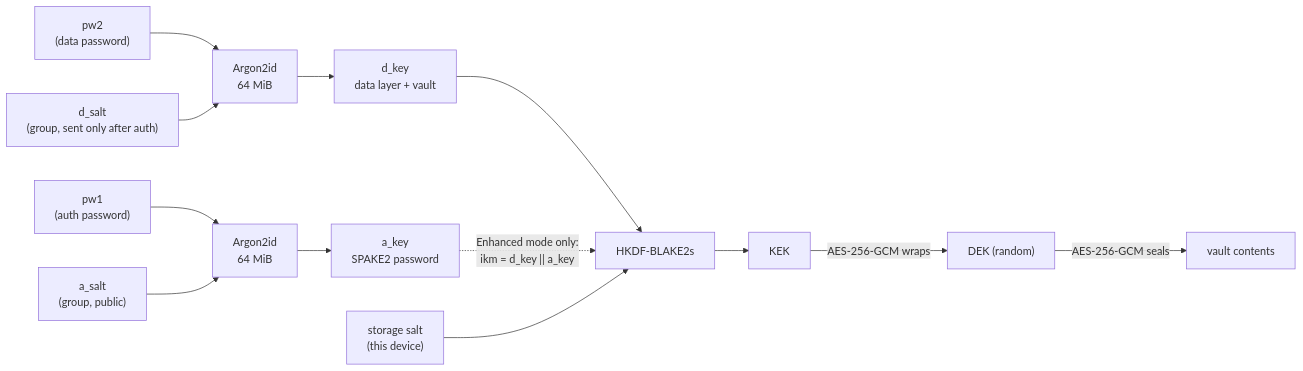
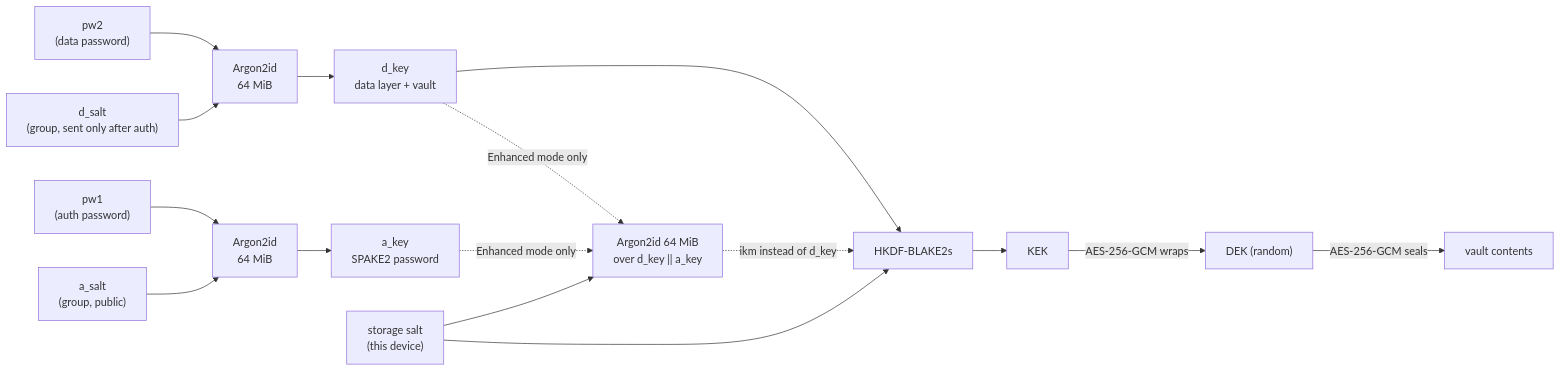
One commit to czarekkdev/cesaconn changed the first of 5 diagrams in docs/diagrams/keys-and-storage.md. Above: the diagram before and after it, drawn with Mermaid. The commit also changed other lines of this file and 10 other files, not shown here.

````diff
--- a/docs/diagrams/keys-and-storage.md
+++ b/docs/diagrams/keys-and-storage.md
@@ -8,17 +8,20 @@
 ```mermaid
 flowchart LR
     pw1["pw1<br/>(auth password)"] --> a_argon["Argon2id<br/>64 MiB"]
     a_salt["a_salt<br/>(group, public)"] --> a_argon
     a_argon --> a_key["a_key<br/>SPAKE2 password"]
 
     pw2["pw2<br/>(data password)"] --> d_argon["Argon2id<br/>64 MiB"]
     d_salt["d_salt<br/>(group, sent only after auth)"] --> d_argon
     d_argon --> d_key["d_key<br/>data layer + vault"]
 
     d_key --> hkdf["HKDF-BLAKE2s"]
-    a_key -. "Enhanced mode only:<br/>ikm = d_key || a_key" .-> hkdf
+    d_key -. "Enhanced mode only" .-> both_argon["Argon2id 64 MiB<br/>over d_key || a_key"]
+    a_key -. "Enhanced mode only" .-> both_argon
+    both_argon -. "ikm instead of d_key" .-> hkdf
     s_salt["storage salt<br/>(this device)"] --> hkdf
+    s_salt --> both_argon
     hkdf --> kek["KEK"]
     kek -- "AES-256-GCM wraps" --> dek["DEK (random)"]
     dek -- "AES-256-GCM seals" --> contents["vault contents"]
 ```
````
